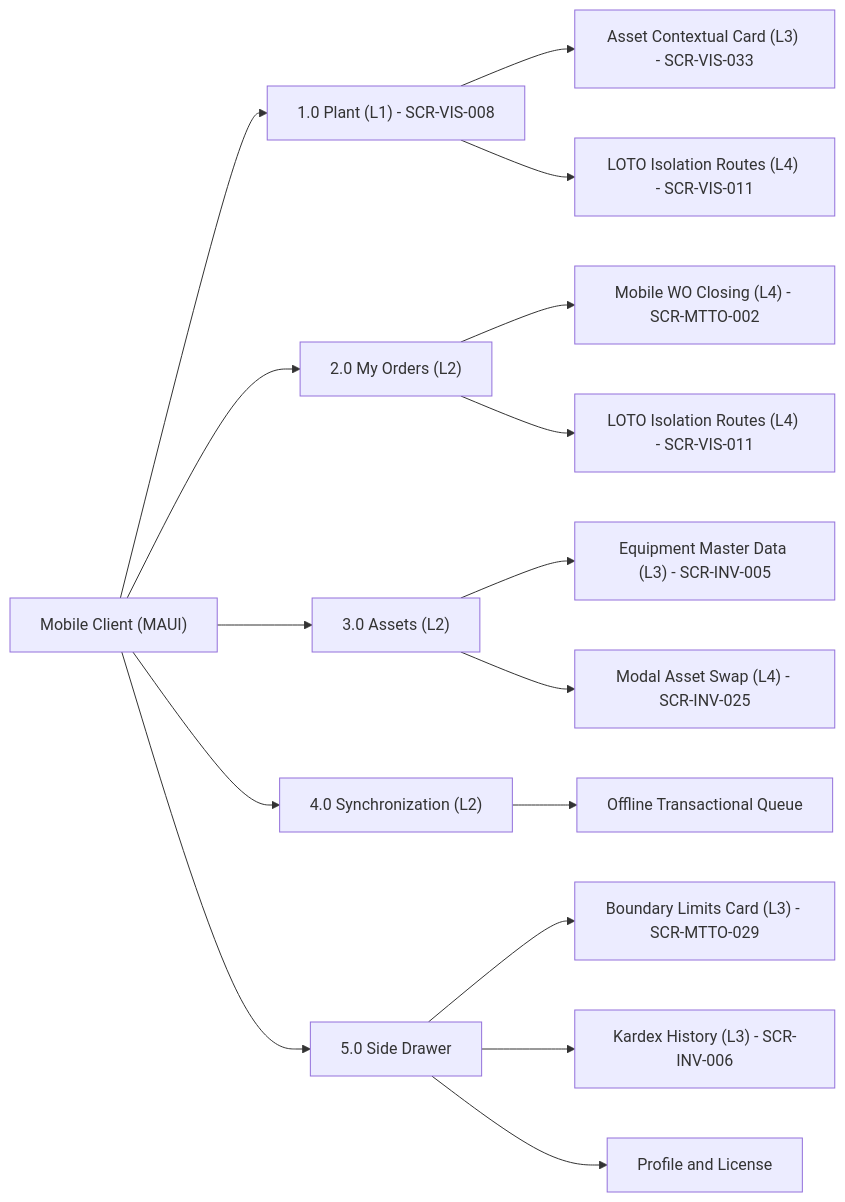
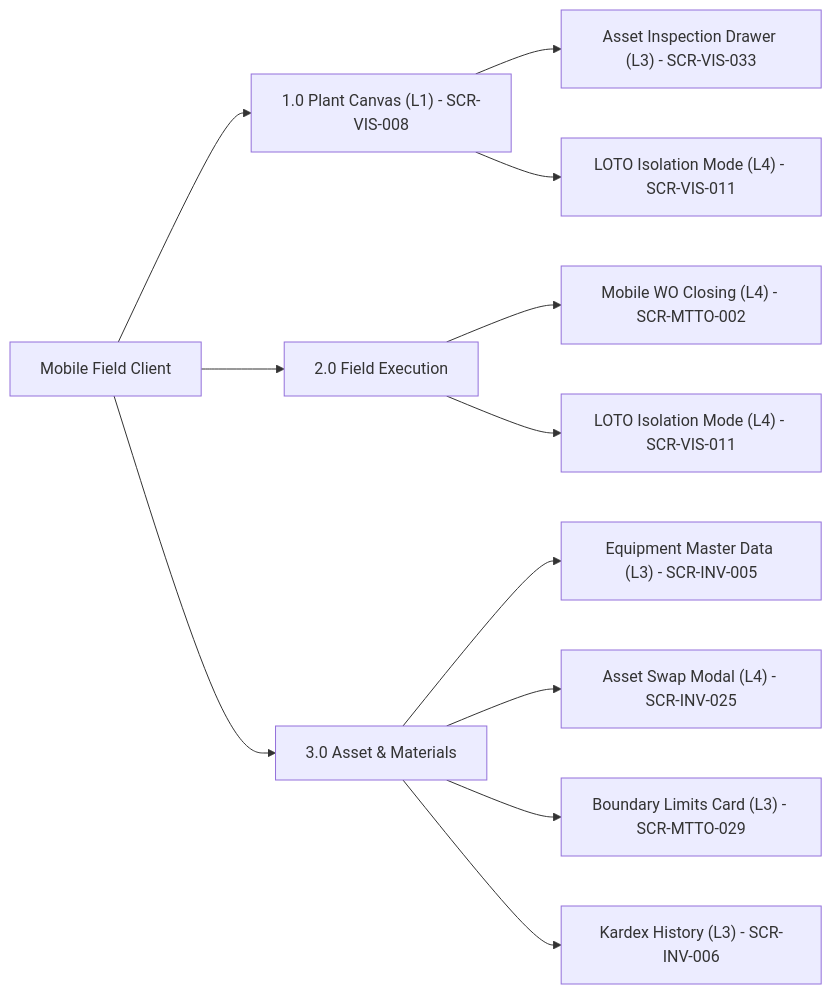
Before and after one commit to Novav20/adso-dteam-docs: the third of 6 diagrams in ui-ux/DT-UI-NAV-DOC-001.md, drawn with Mermaid. The commit also changed other lines of this file and 12 other files, not shown here.

````diff
--- a/ui-ux/DT-UI-NAV-DOC-001.md
+++ b/ui-ux/DT-UI-NAV-DOC-001.md
@@ -114,18 +114,14 @@
 ```mermaid
 flowchart LR
-    MOB["Mobile Client (MAUI)"] --> M1["1.0 Plant (L1) - SCR-VIS-008"]
-    M1 --> M1A["Asset Contextual Card (L3) - SCR-VIS-033"]
-    M1 --> M1B["LOTO Isolation Routes (L4) - SCR-VIS-011"]
-    MOB --> M2["2.0 My Orders (L2)"]
+    MOB["Mobile Field Client"] --> M1["1.0 Plant Canvas (L1) - SCR-VIS-008"]
+    M1 --> M1A["Asset Inspection Drawer (L3) - SCR-VIS-033"]
+    M1 --> M1B["LOTO Isolation Mode (L4) - SCR-VIS-011"]
+    MOB --> M2["2.0 Field Execution"]
     M2 --> M2A["Mobile WO Closing (L4) - SCR-MTTO-002"]
-    M2 --> M2B["LOTO Isolation Routes (L4) - SCR-VIS-011"]
-    MOB --> M3["3.0 Assets (L2)"]
+    M2 --> M2B["LOTO Isolation Mode (L4) - SCR-VIS-011"]
+    MOB --> M3["3.0 Asset & Materials"]
     M3 --> M3A["Equipment Master Data (L3) - SCR-INV-005"]
-    M3 --> M3B["Modal Asset Swap (L4) - SCR-INV-025"]
-    MOB --> M4["4.0 Synchronization (L2)"]
-    M4 --> M4A["Offline Transactional Queue"]
-    MOB --> M5["5.0 Side Drawer"]
-    M5 --> M5A["Boundary Limits Card (L3) - SCR-MTTO-029"]
-    M5 --> M5B["Kardex History (L3) - SCR-INV-006"]
-    M5 --> M5C["Profile and License"]
+    M3 --> M3B["Asset Swap Modal (L4) - SCR-INV-025"]
+    M3 --> M3C["Boundary Limits Card (L3) - SCR-MTTO-029"]
+    M3 --> M3D["Kardex History (L3) - SCR-INV-006"]
 ```
````
